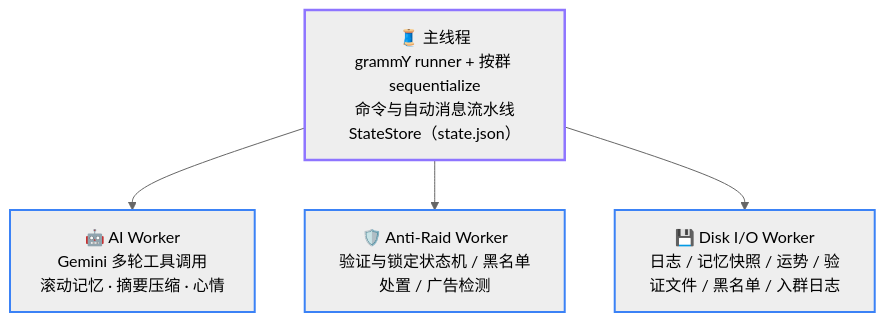
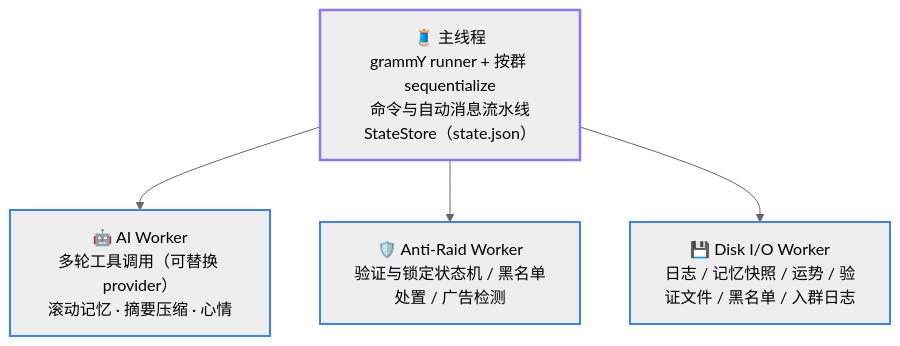
Before and after one commit to Asashishi/copy_ninjia: the first of 2 diagrams in docs/02-architecture.md, drawn with Mermaid (neutral theme). The commit also changed other lines of this file and 193 other files, not shown here.

````diff
--- a/docs/02-architecture.md
+++ b/docs/02-architecture.md
@@ -17,14 +17,14 @@
 ```mermaid
 flowchart TD
     classDef main stroke:#8e75ff,stroke-width:2.5px;
     classDef worker stroke:#3b82f6,stroke-width:2px;
 
     MAIN["🧵 主线程<br/>grammY runner + 按群 sequentialize<br/>命令与自动消息流水线<br/>StateStore（state.json）"]:::main
-    AI["🤖 AI Worker<br/>Gemini 多轮工具调用<br/>滚动记忆 · 摘要压缩 · 心情"]:::worker
+    AI["🤖 AI Worker<br/>多轮工具调用（可替换 provider）<br/>滚动记忆 · 摘要压缩 · 心情"]:::worker
     RAID["🛡️ Anti-Raid Worker<br/>验证与锁定状态机 / 黑名单处置 / 广告检测"]:::worker
     DISK["💾 Disk I/O Worker<br/>日志 / 记忆快照 / 运势 / 验证文件 / 黑名单 / 入群日志"]:::worker
 
     MAIN --> AI
     MAIN --> RAID
     MAIN --> DISK
 ```
````
